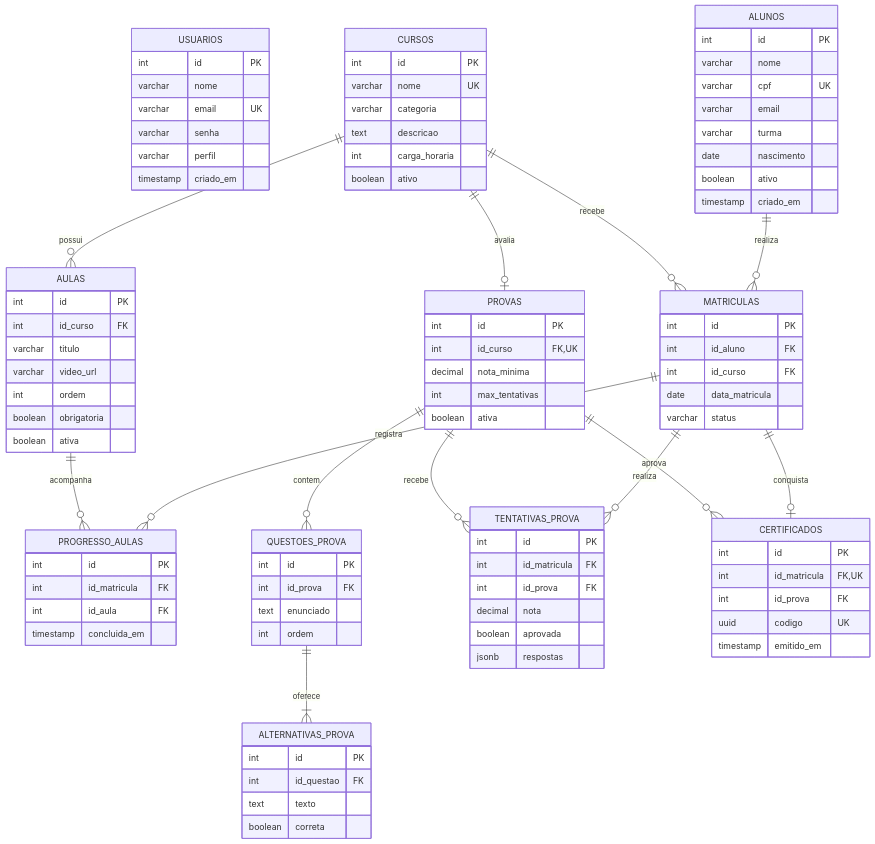
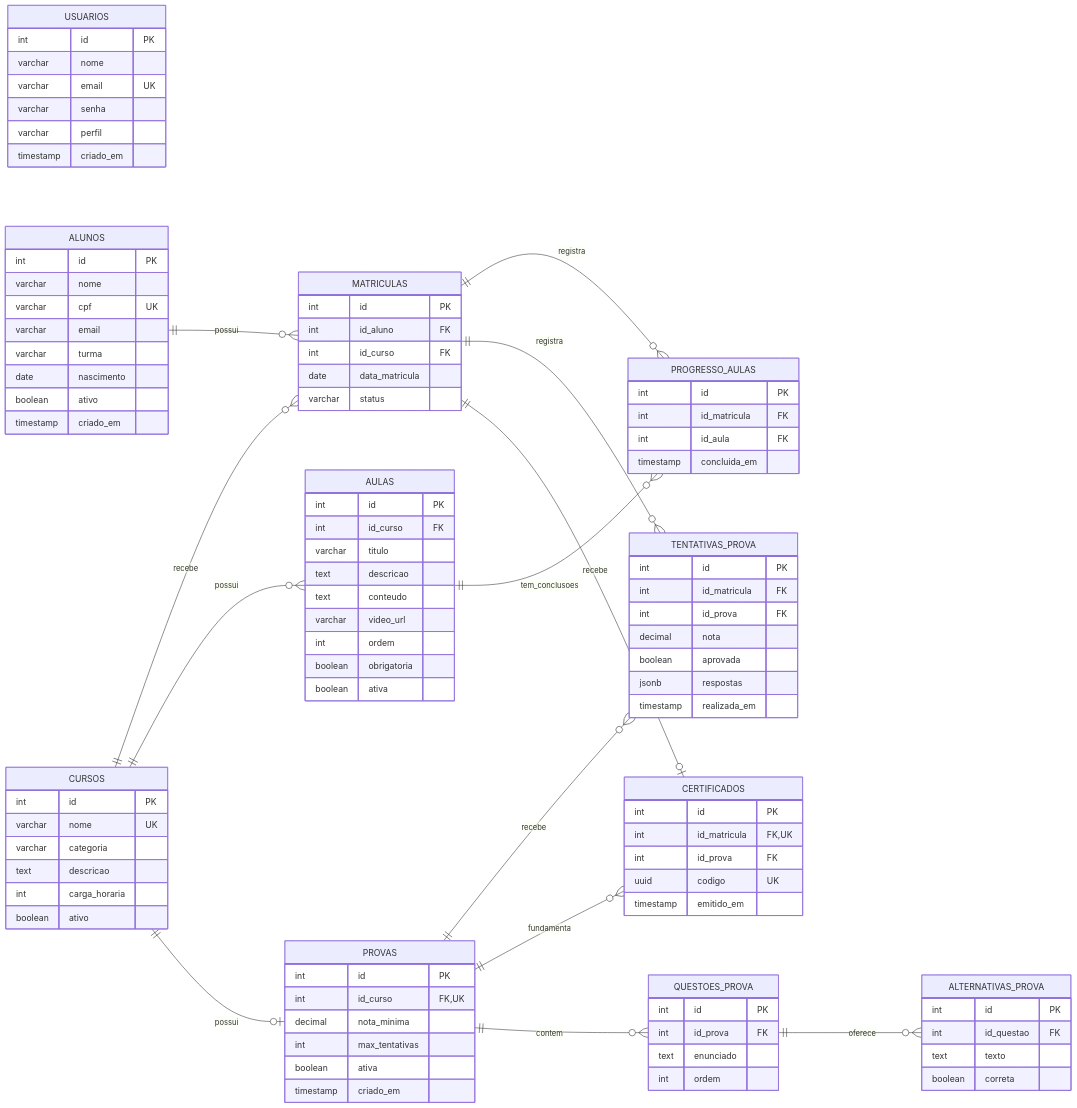
One commit to joaorbm09/HighTech_school changed the first of 4 diagrams in readme.md. Above: the diagram before and after it, drawn with Mermaid. The commit also changed other lines of this file and 2 other files, not shown here.

Commit message:
adicionando roteiro

````diff
--- a/readme.md
+++ b/readme.md
@@ -553,5 +553,9 @@
 ```mermaid
+%%{init: {"er": {"diagramPadding": 30, "nodeSpacing": 110, "rankSpacing": 170}}}%%
 erDiagram
+    direction LR
+
+    %% Cadastro e vínculo do aluno com o curso
     USUARIOS {
         int id PK
         varchar nome
@@ -585,10 +589,14 @@
         date data_matricula
         varchar status
     }
+
+    %% Aulas e acompanhamento
     AULAS {
         int id PK
         int id_curso FK
         varchar titulo
+        text descricao
+        text conteudo
         varchar video_url
         int ordem
         boolean obrigatoria
@@ -600,12 +608,15 @@
         int id_aula FK
         timestamp concluida_em
     }
+
+    %% Estrutura da avaliação
     PROVAS {
         int id PK
         int id_curso FK, UK
         decimal nota_minima
         int max_tentativas
         boolean ativa
+        timestamp criado_em
     }
     QUESTOES_PROVA {
         int id PK
@@ -619,6 +630,8 @@
         text texto
         boolean correta
     }
+
+    %% Resultados individuais
     TENTATIVAS_PROVA {
         int id PK
         int id_matricula FK
@@ -626,6 +639,7 @@
         decimal nota
         boolean aprovada
         jsonb respostas
+        timestamp realizada_em
     }
     CERTIFICADOS {
         int id PK
@@ -634,16 +648,24 @@
         uuid codigo UK
         timestamp emitido_em
     }
-    ALUNOS ||--o{ MATRICULAS : realiza
+
+    %% Matrícula: encontro entre aluno e curso
+    ALUNOS ||--o{ MATRICULAS : possui
     CURSOS ||--o{ MATRICULAS : recebe
+
+    %% Aulas e progresso
     CURSOS ||--o{ AULAS : possui
+    AULAS ||--o{ PROGRESSO_AULAS : tem_conclusoes
     MATRICULAS ||--o{ PROGRESSO_AULAS : registra
-    AULAS ||--o{ PROGRESSO_AULAS : acompanha
-    CURSOS ||--o| PROVAS : avalia
+
+    %% Avaliação e resultados por matrícula
+    CURSOS ||--o| PROVAS : possui
+    MATRICULAS ||--o{ TENTATIVAS_PROVA : registra
+    PROVAS ||--o{ TENTATIVAS_PROVA : recebe
+    MATRICULAS ||--o| CERTIFICADOS : recebe
+    PROVAS ||--o{ CERTIFICADOS : fundamenta
+
+    %% Questões e alternativas da avaliação
     PROVAS ||--o{ QUESTOES_PROVA : contem
-    QUESTOES_PROVA ||--|{ ALTERNATIVAS_PROVA : oferece
-    MATRICULAS ||--o{ TENTATIVAS_PROVA : realiza
-    PROVAS ||--o{ TENTATIVAS_PROVA : recebe
-    MATRICULAS ||--o| CERTIFICADOS : conquista
-    PROVAS ||--o{ CERTIFICADOS : aprova
+    QUESTOES_PROVA ||--o{ ALTERNATIVAS_PROVA : oferece
 ```
````
